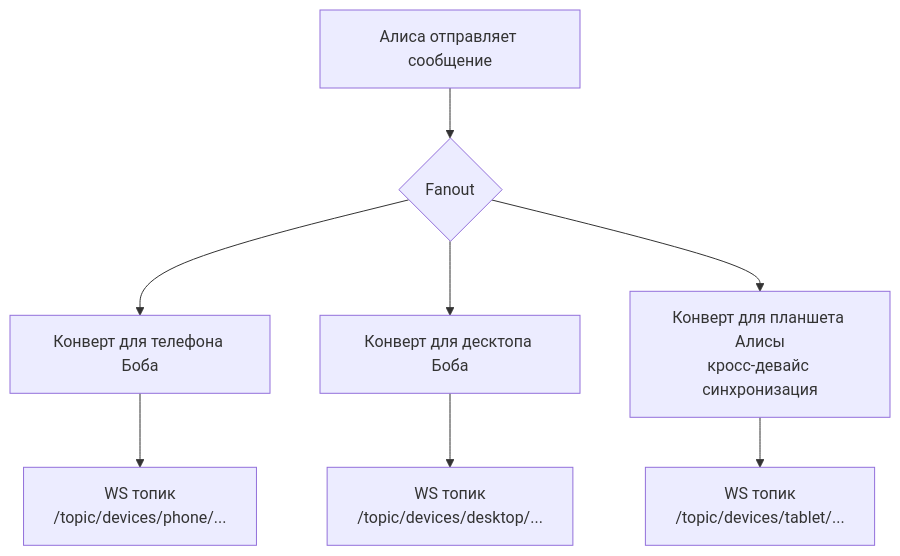
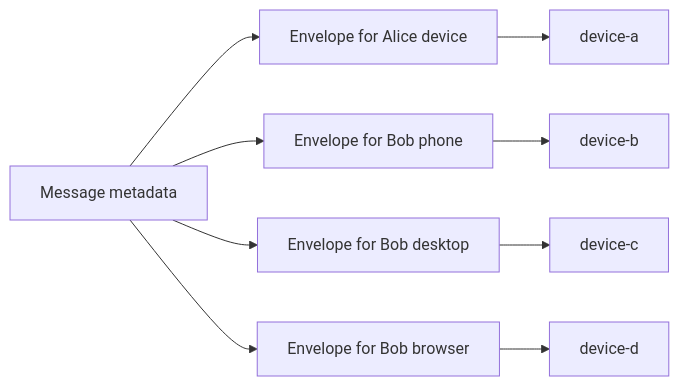
One commit to vaazhen/chaos-e2ee-messenger changed the eighth of 12 diagrams in README.ru.md. Above: the diagram before and after it, drawn with Mermaid. The commit also changed other lines of this file and 1 other file, not shown here.

````diff
--- a/README.ru.md
+++ b/README.ru.md
@@ -318,10 +300,12 @@
 ```mermaid
-graph TD
-    A[Алиса отправляет сообщение] --> F{Fanout}
-    F --> E1[Конверт для телефона Боба]
-    F --> E2[Конверт для десктопа Боба]
-    F --> E3[Конверт для планшета Алисы<br/>кросс-девайс синхронизация]
-    E1 --> WS1[WS топик<br/>/topic/devices/phone/...]
-    E2 --> WS2[WS топик<br/>/topic/devices/desktop/...]
-    E3 --> WS3[WS топик<br/>/topic/devices/tablet/...]
+flowchart LR
+    M[Message metadata] --> E1[Envelope for Alice device]
+    M --> E2[Envelope for Bob phone]
+    M --> E3[Envelope for Bob desktop]
+    M --> E4[Envelope for Bob browser]
+
+    E1 --> D1[device-a]
+    E2 --> D2[device-b]
+    E3 --> D3[device-c]
+    E4 --> D4[device-d]
 ```
````
